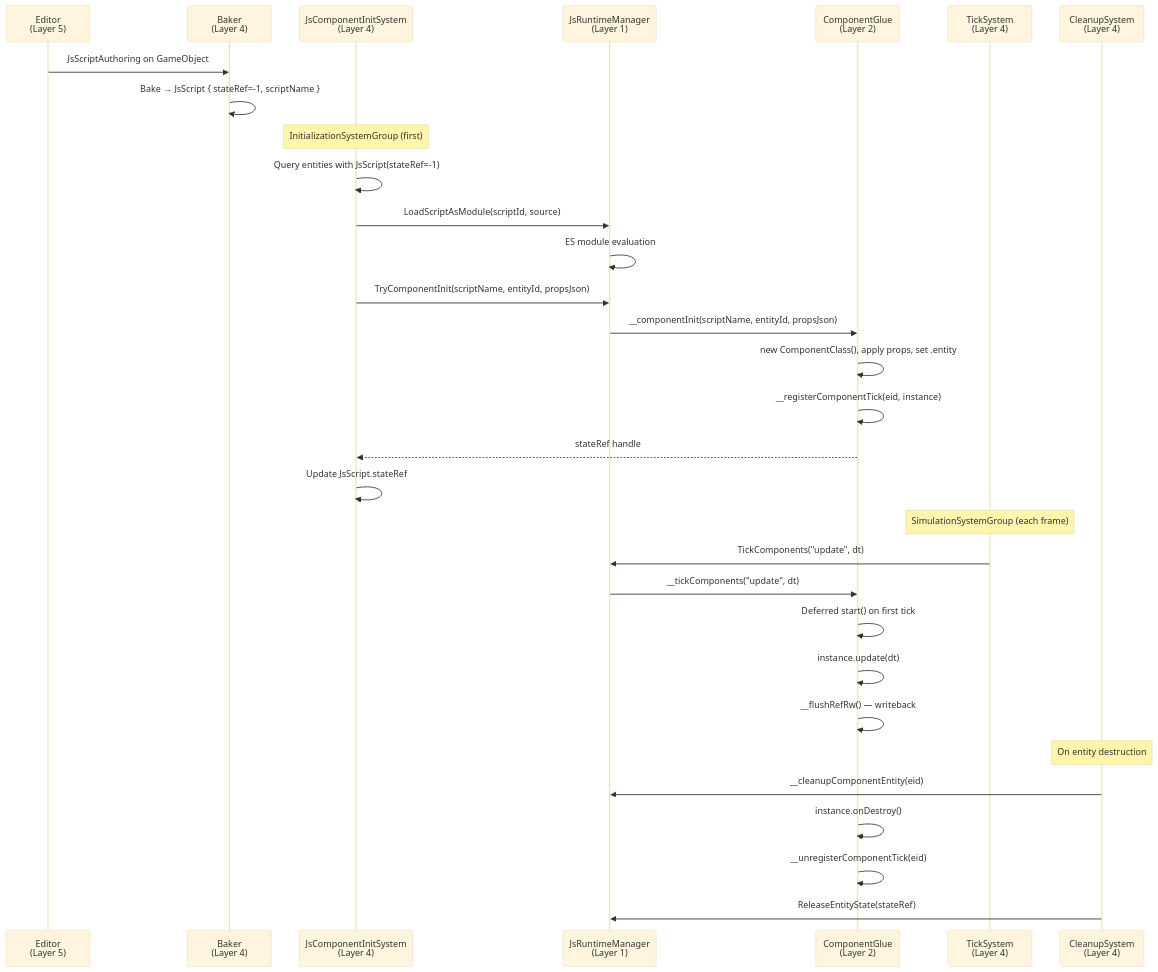
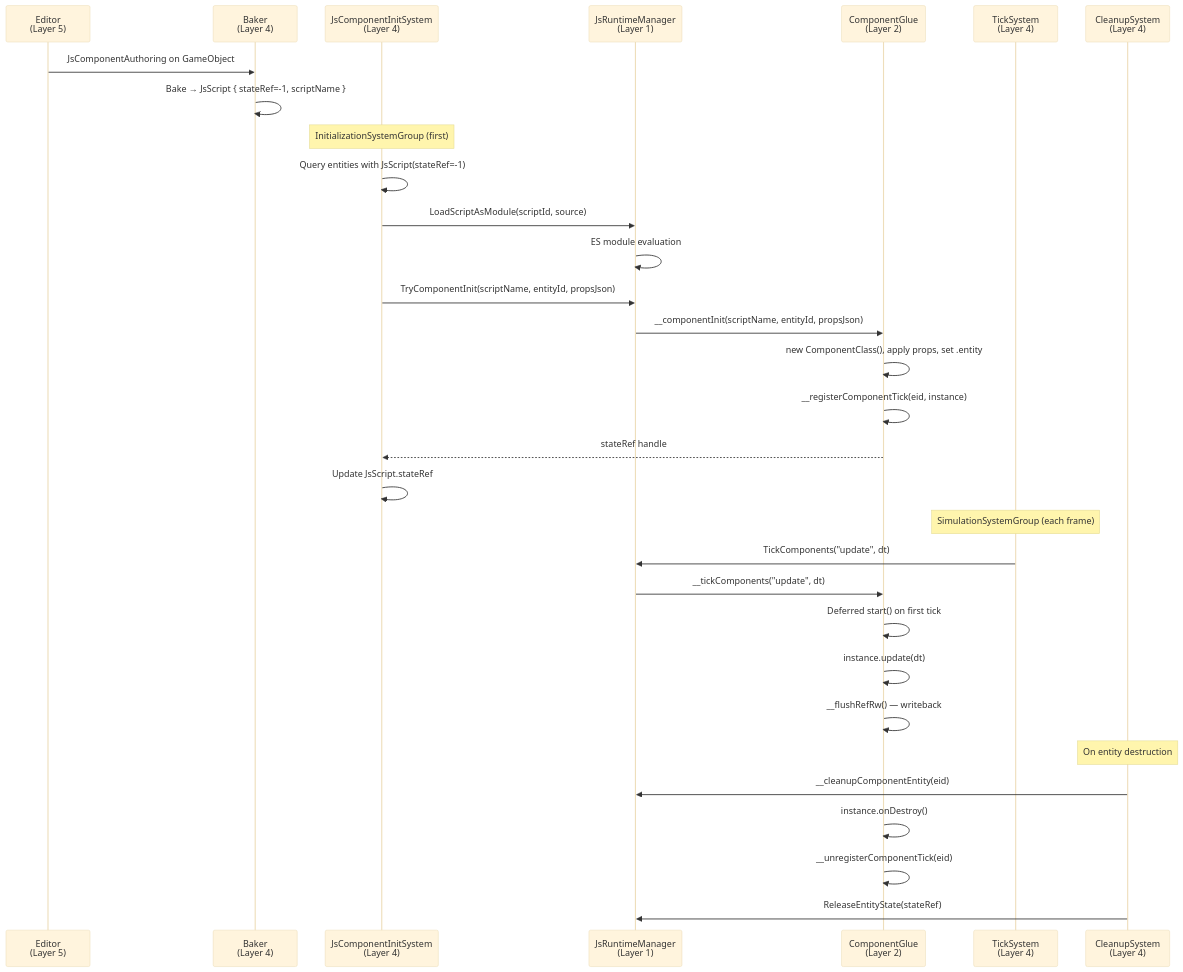
One commit to api-haus/com.api-haus.unity.js changed the second of 9 diagrams in docs/ARCHITECTURE.md. Above: the diagram before and after it, drawn with Mermaid (base theme). The commit also changed other lines of this file and 17 other files, not shown here.

````diff
--- a/docs/ARCHITECTURE.md
+++ b/docs/ARCHITECTURE.md
@@ -193,40 +193,40 @@
 ```mermaid
 sequenceDiagram
     participant Editor as Editor<br/>(Layer 5)
     participant Baker as Baker<br/>(Layer 4)
     participant InitSys as JsComponentInitSystem<br/>(Layer 4)
     participant VM as JsRuntimeManager<br/>(Layer 1)
     participant Glue as ComponentGlue<br/>(Layer 2)
     participant Tick as TickSystem<br/>(Layer 4)
     participant Cleanup as CleanupSystem<br/>(Layer 4)
 
-    Editor->>Baker: JsScriptAuthoring on GameObject
+    Editor->>Baker: JsComponentAuthoring on GameObject
     Baker->>Baker: Bake → JsScript { stateRef=-1, scriptName }
 
     Note over InitSys: InitializationSystemGroup (first)
 
     InitSys->>InitSys: Query entities with JsScript(stateRef=-1)
     InitSys->>VM: LoadScriptAsModule(scriptId, source)
     VM->>VM: ES module evaluation
     InitSys->>VM: TryComponentInit(scriptName, entityId, propsJson)
     VM->>Glue: __componentInit(scriptName, entityId, propsJson)
     Glue->>Glue: new ComponentClass(), apply props, set .entity
     Glue->>Glue: __registerComponentTick(eid, instance)
     Glue-->>InitSys: stateRef handle
     InitSys->>InitSys: Update JsScript.stateRef
 
     Note over Tick: SimulationSystemGroup (each frame)
 
     Tick->>VM: TickComponents("update", dt)
     VM->>Glue: __tickComponents("update", dt)
     Glue->>Glue: Deferred start() on first tick
     Glue->>Glue: instance.update(dt)
     Glue->>Glue: __flushRefRw() — writeback
 
     Note over Cleanup: On entity destruction
 
     Cleanup->>VM: __cleanupComponentEntity(eid)
     Glue->>Glue: instance.onDestroy()
     Glue->>Glue: __unregisterComponentTick(eid)
     Cleanup->>VM: ReleaseEntityState(stateRef)
 ```
````
